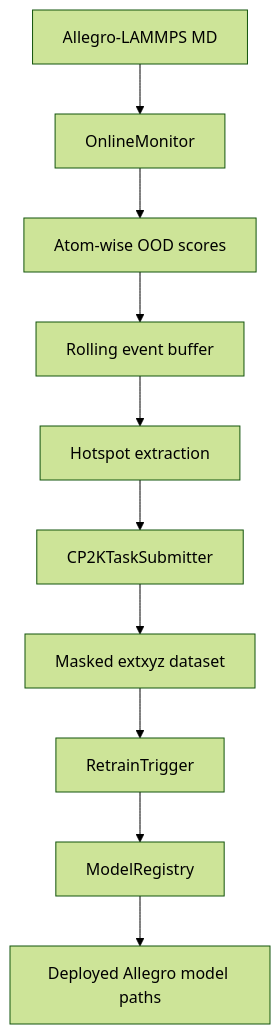
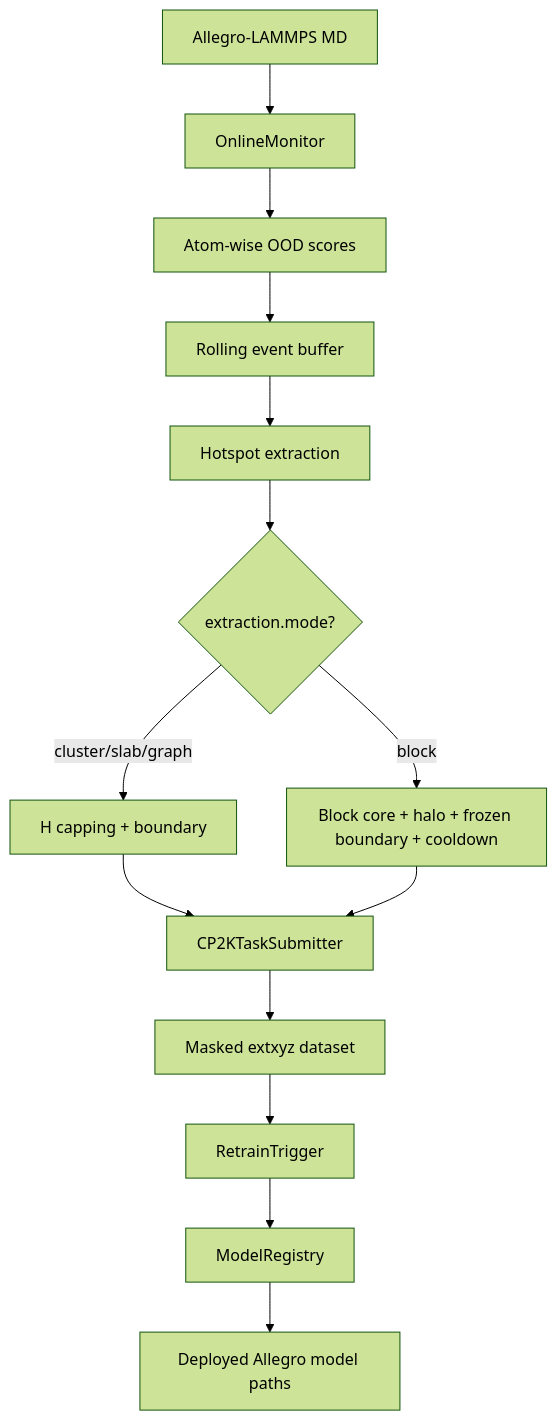
Before and after one commit to kiana-0423/lammps_monitor: the first of 2 diagrams in README.md, drawn with Mermaid (forest theme). The commit also changed other lines of this file and 91 other files, not shown here.

````diff
--- a/README.md
+++ b/README.md
@@ -61,12 +61,16 @@
 ```mermaid
 flowchart TD
     A[Allegro-LAMMPS MD] --> B[OnlineMonitor]
     B --> C[Atom-wise OOD scores]
     C --> D[Rolling event buffer]
     D --> E[Hotspot extraction]
-    E --> F[CP2KTaskSubmitter]
+    E --> E1{extraction.mode?}
+    E1 -->|cluster/slab/graph| E2[H capping + boundary]
+    E1 -->|block| E3[Block core + halo + frozen boundary + cooldown]
+    E2 --> F[CP2KTaskSubmitter]
+    E3 --> F
     F --> G[Masked extxyz dataset]
     G --> H[RetrainTrigger]
     H --> I[ModelRegistry]
     I --> J[Deployed Allegro model paths]
 ```
````
